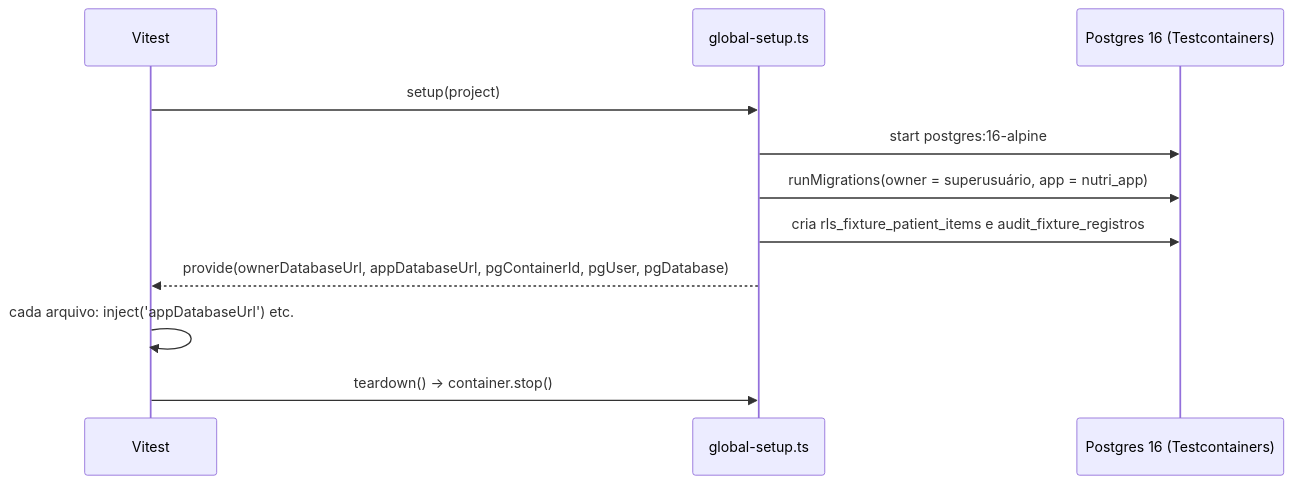
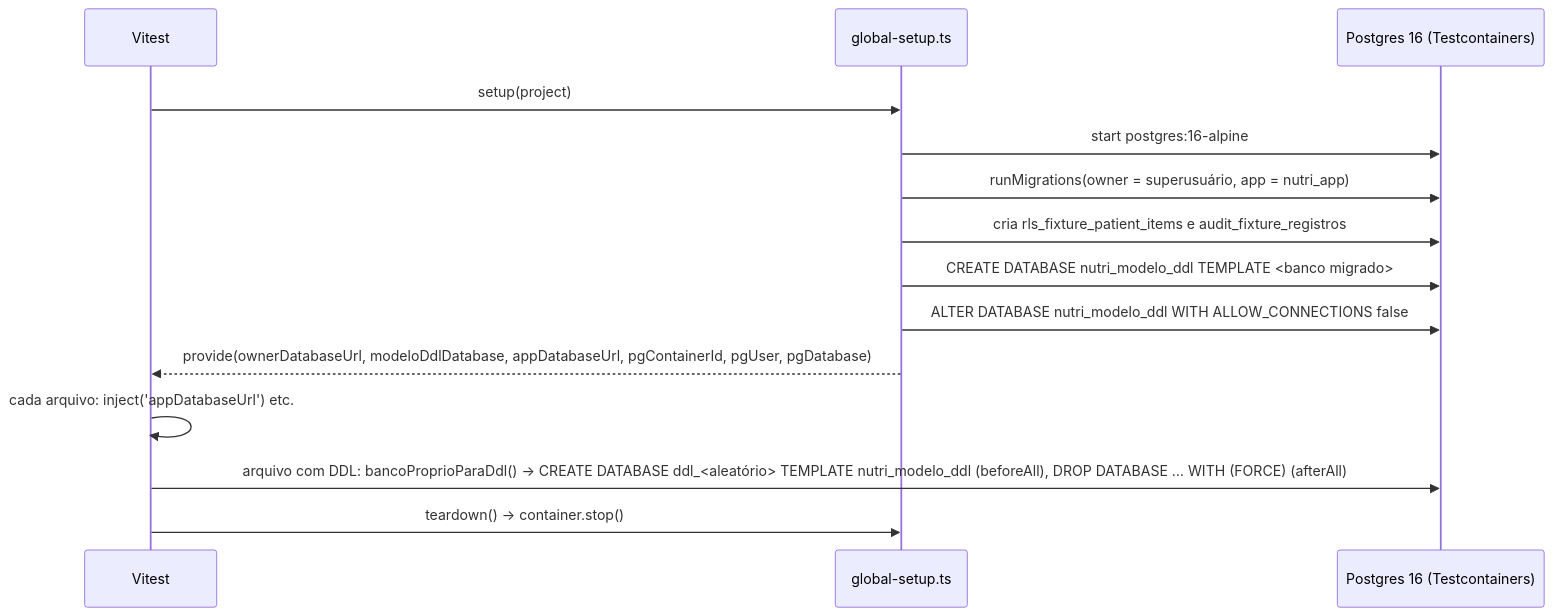
The second of 5 diagrams in docs/manual-tecnico/07-testes-qualidade-e-processo.md (fabianojp06/nutridebby), drawn with Mermaid before and after one commit. The commit also changed other lines of this file and 3 other files, not shown here.

Commit message:
docs(test): banco próprio para DDL nos testes (SUS-100)

````diff
--- a/docs/manual-tecnico/07-testes-qualidade-e-processo.md
+++ b/docs/manual-tecnico/07-testes-qualidade-e-processo.md
@@ -94,13 +94,16 @@
 ```mermaid
 sequenceDiagram
   participant V as Vitest
   participant G as global-setup.ts
   participant PG as Postgres 16 (Testcontainers)
   V->>G: setup(project)
   G->>PG: start postgres:16-alpine
   G->>PG: runMigrations(owner = superusuário, app = nutri_app)
   G->>PG: cria rls_fixture_patient_items e audit_fixture_registros
-  G-->>V: provide(ownerDatabaseUrl, appDatabaseUrl, pgContainerId, pgUser, pgDatabase)
+  G->>PG: CREATE DATABASE nutri_modelo_ddl TEMPLATE <banco migrado>
+  G->>PG: ALTER DATABASE nutri_modelo_ddl WITH ALLOW_CONNECTIONS false
+  G-->>V: provide(ownerDatabaseUrl, modeloDdlDatabase, appDatabaseUrl, pgContainerId, pgUser, pgDatabase)
   V->>V: cada arquivo: inject('appDatabaseUrl') etc.
+  V->>PG: arquivo com DDL: bancoProprioParaDdl() → CREATE DATABASE ddl_<aleatório> TEMPLATE nutri_modelo_ddl (beforeAll), DROP DATABASE … WITH (FORCE) (afterAll)
   V->>G: teardown() → container.stop()
 ```
````
